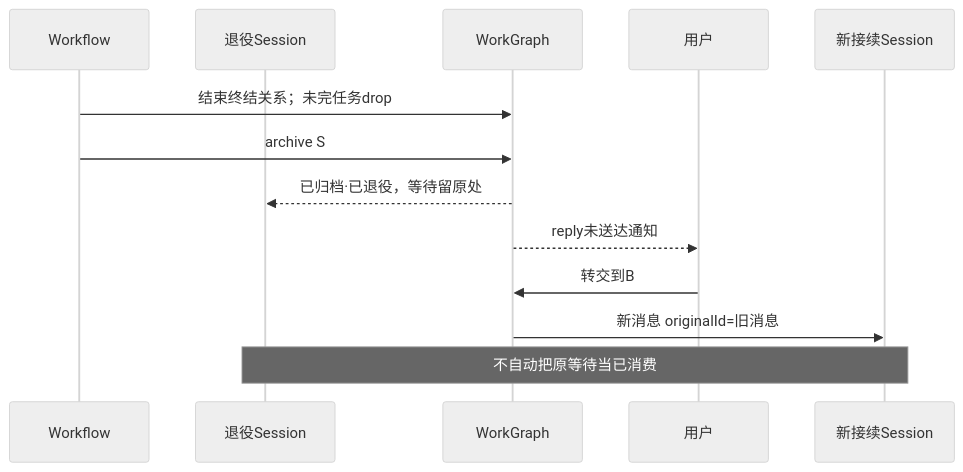
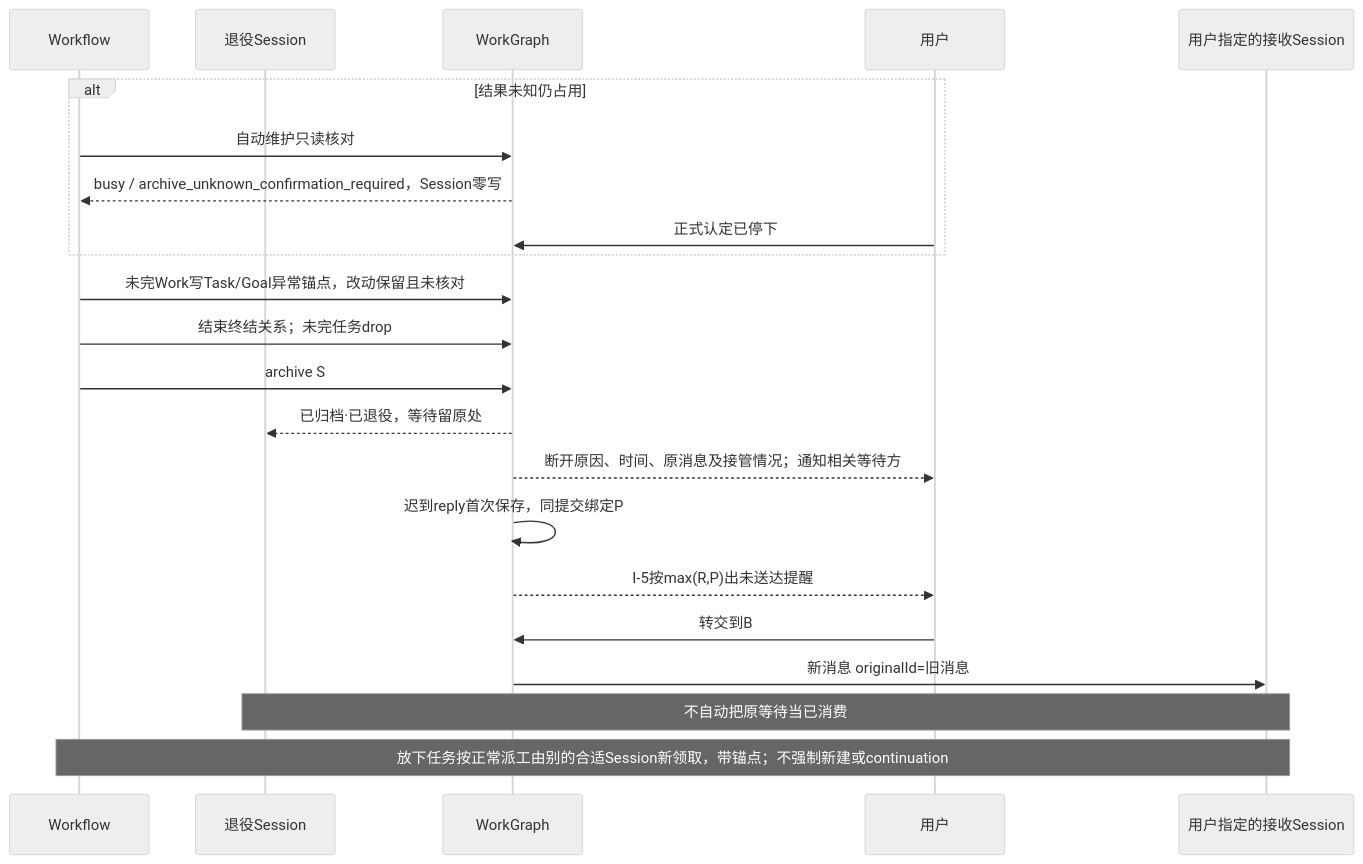
Before and after one commit to hk865/coding-platform: diagram 15 of 24 in docs/refactor/design/orchestration-2026-10/model/DIAGRAMS.md, drawn with Mermaid (neutral theme). The commit also changed other lines of this file and 1 other file, not shown here.

First line of the commit message:
docs: freeze the wiring-2 spec (U1 = 甲, L10–L12, test-driven section 5) and bring DIAGRAMS up to decisions 42–49

````diff
--- a/docs/refactor/design/orchestration-2026-10/model/DIAGRAMS.md
+++ b/docs/refactor/design/orchestration-2026-10/model/DIAGRAMS.md
@@ -352,15 +535,24 @@
 ```mermaid
 sequenceDiagram
   participant W as Workflow
   participant S as 退役Session
   participant G as WorkGraph
   participant U as 用户
-  participant B as 新接续Session
+  participant B as 用户指定的接收Session
+  alt 结果未知仍占用
+    W->>G: 自动维护只读核对
+    G-->>W: busy / archive_unknown_confirmation_required，Session零写
+    U->>G: 正式认定已停下
+  end
+  W->>G: 未完Work写Task/Goal异常锚点，改动保留且未核对
   W->>G: 结束终结关系；未完任务drop
   W->>G: archive S
   G-->>S: 已归档·已退役，等待留原处
-  G-->>U: reply未送达通知
+  G-->>U: 断开原因、时间、原消息及接管情况；通知相关等待方
+  G->>G: 迟到reply首次保存，同提交绑定P
+  G-->>U: I-5按max(R,P)出未送达提醒
   U->>G: 转交到B
   G->>B: 新消息 originalId=旧消息
   Note over S,B: 不自动把原等待当已消费
+  Note over W,B: 放下任务按正常派工由别的合适Session新领取，带锚点；不强制新建或continuation
 ```
````
